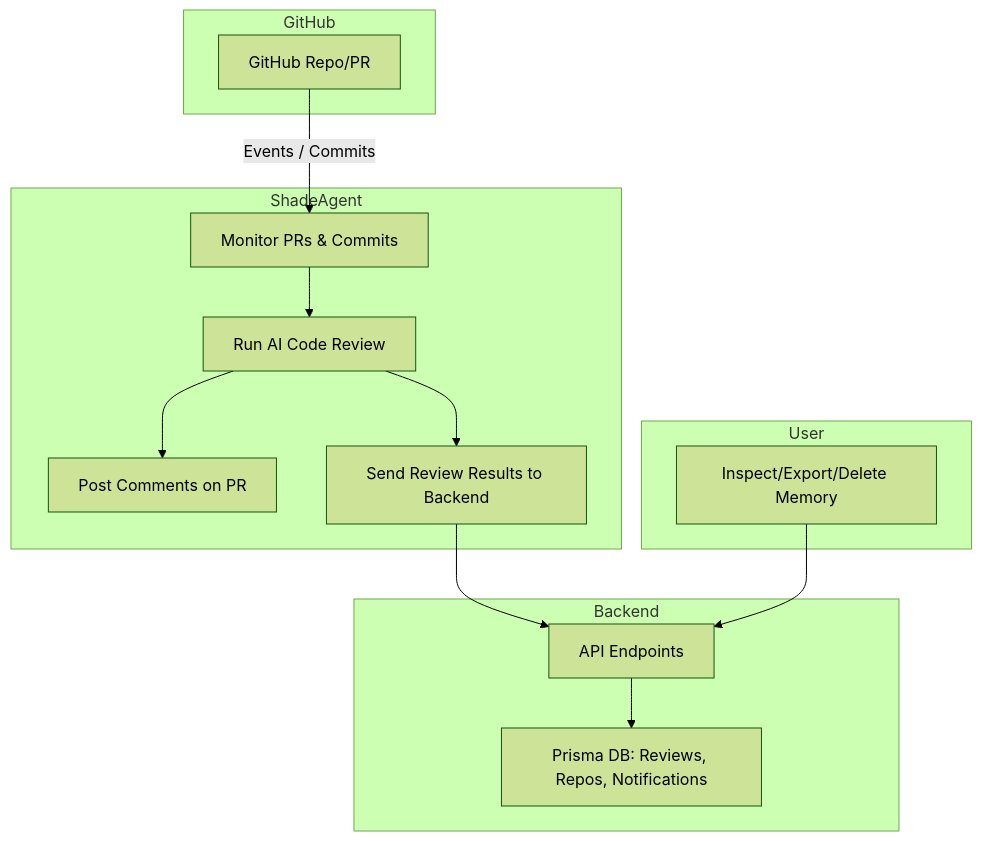
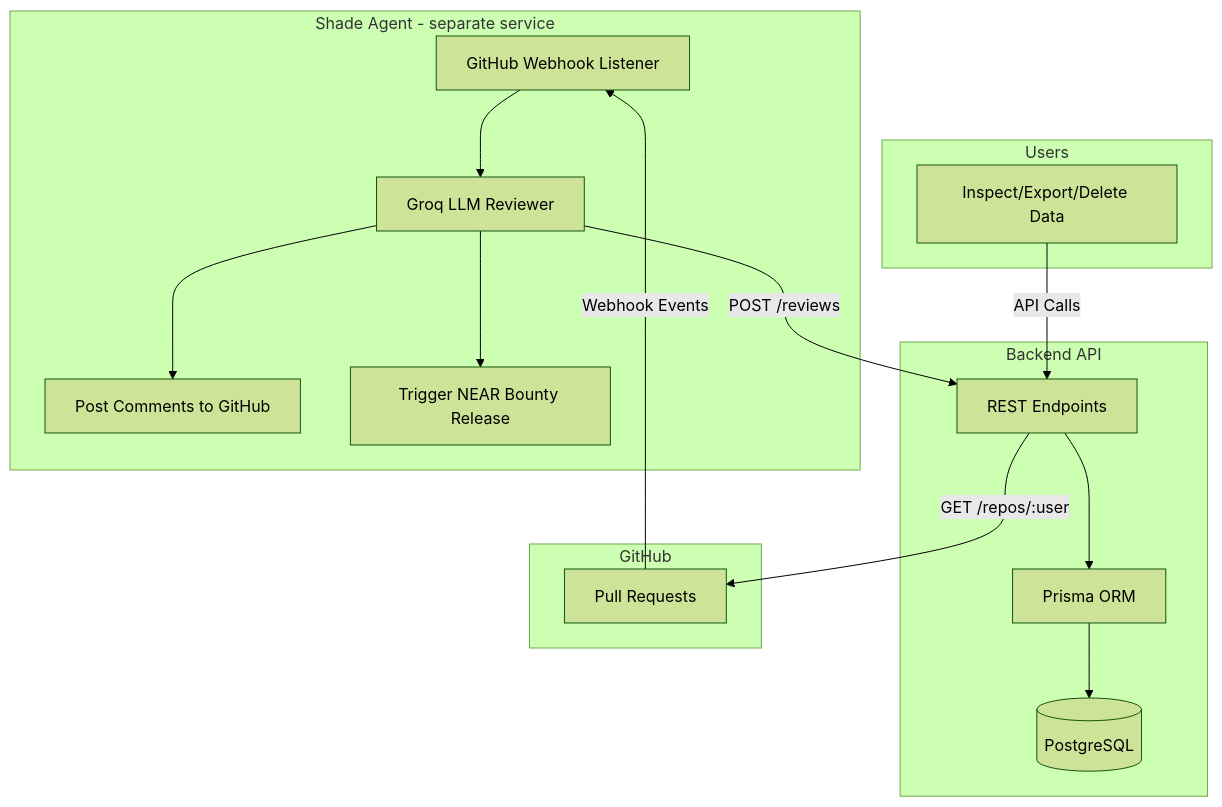
One commit to jerrygeorge360/Nyx changed the diagram in backend/README.md. Above: the diagram before and after it, drawn with Mermaid (forest theme). The commit also changed other lines of this file, not shown here.

````diff
--- a/backend/README.md
+++ b/backend/README.md
@@ -27,30 +46,33 @@
 ```mermaid
 flowchart TD
-    subgraph GitHub
-        A[GitHub Repo/PR]
+    subgraph ShadeAgent[Shade Agent - separate service]
+        A[GitHub Webhook Listener]
+        B[Groq LLM Reviewer]
+        C[Post Comments to GitHub]
+        D[Trigger NEAR Bounty Release]
     end
 
-    subgraph ShadeAgent
-        B[Monitor PRs & Commits]
-        C[Run AI Code Review]
-        D[Post Comments on PR]
-        E[Send Review Results to Backend]
+    subgraph Backend[Backend API]
+        E[REST Endpoints]
+        F[Prisma ORM]
+        G[(PostgreSQL)]
     end
 
-    subgraph Backend
-        F[API Endpoints]
-        G[Prisma DB: Reviews, Repos, Notifications]
+    subgraph GitHub
+        H[Pull Requests]
     end
 
-    subgraph User
-        H[Inspect/Export/Delete Memory]
+    subgraph Users
+        I[Inspect/Export/Delete Data]
     end
 
-    A -->|Events / Commits| B
+    H -->|Webhook Events| A
+    A --> B
     B --> C
-    C --> D
-    C --> E
+    B -->|POST /reviews| E
+    B --> D
     E --> F
     F --> G
-    H --> F
+    I -->|API Calls| E
+    E -->|GET /repos/:user| H
 ```
````
